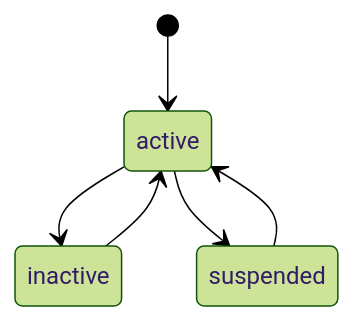
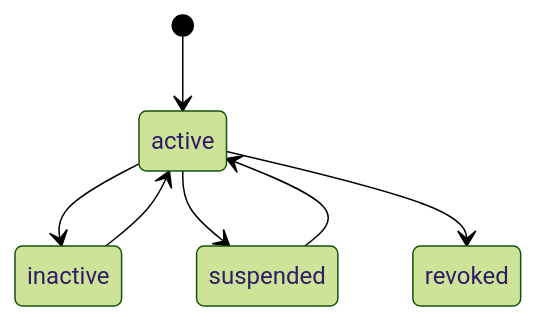
The third of 4 diagrams in specs/04-STATE-MACHINES.md (renxqoo/Authany), drawn with Mermaid (forest theme) before and after one commit. The commit also changed other lines of this file and 310 other files, not shown here.

Commit message:
feat: harden security flows and reorganize example apps

````diff
--- a/specs/04-STATE-MACHINES.md
+++ b/specs/04-STATE-MACHINES.md
@@ -89,8 +98,9 @@
 ```mermaid
 stateDiagram-v2
     [*] --> active
     active --> inactive
     active --> suspended
+    inactive --> active
     suspended --> active
-    inactive --> active
+    active --> revoked
 ```
````
